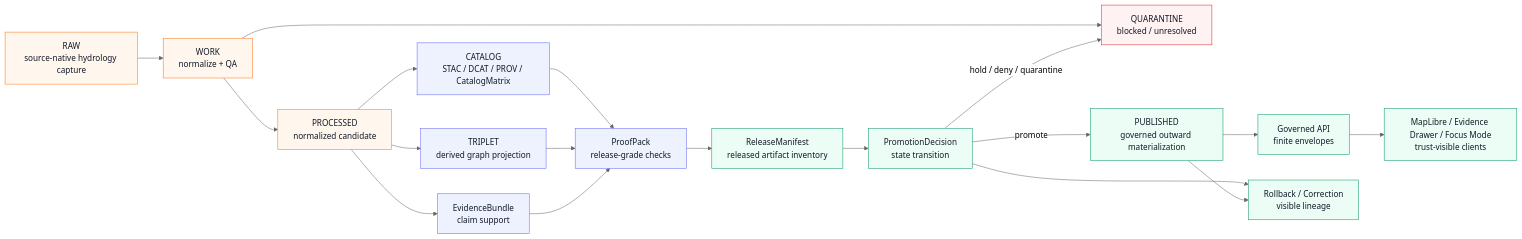
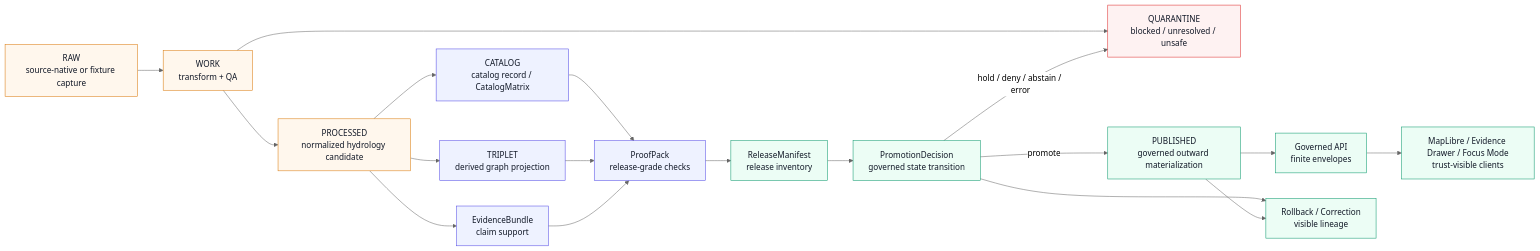
One commit to bartytime4life/Kansas-Frontier-Matrix changed the diagram in docs/adr/ADR-0309-hydrology-processed-catalog-closure-boundary.md. Above: the diagram before and after it, drawn with Mermaid (neutral theme). The commit also changed other lines of this file, not shown here.

````diff
--- a/docs/adr/ADR-0309-hydrology-processed-catalog-closure-boundary.md
+++ b/docs/adr/ADR-0309-hydrology-processed-catalog-closure-boundary.md
@@ -168,45 +209,45 @@
 ```mermaid
 flowchart LR
-    RAW["RAW<br/>source-native hydrology capture"]
-    WORK["WORK<br/>normalize + QA"]
-    Q["QUARANTINE<br/>blocked / unresolved"]
-    PROC["PROCESSED<br/>normalized candidate"]
-    CAT["CATALOG<br/>STAC / DCAT / PROV / CatalogMatrix"]
-    TRI["TRIPLET<br/>derived graph projection"]
-    EB["EvidenceBundle<br/>claim support"]
-    PP["ProofPack<br/>release-grade checks"]
-    RM["ReleaseManifest<br/>released artifact inventory"]
-    PD["PromotionDecision<br/>state transition"]
-    PUB["PUBLISHED<br/>governed outward materialization"]
-    API["Governed API<br/>finite envelopes"]
-    UI["MapLibre / Evidence Drawer / Focus Mode<br/>trust-visible clients"]
-    RB["Rollback / Correction<br/>visible lineage"]
+  RAW["RAW<br/>source-native or fixture capture"]
+  WORK["WORK<br/>transform + QA"]
+  Q["QUARANTINE<br/>blocked / unresolved / unsafe"]
+  PROC["PROCESSED<br/>normalized hydrology candidate"]
+  CAT["CATALOG<br/>catalog record / CatalogMatrix"]
+  TRI["TRIPLET<br/>derived graph projection"]
+  EB["EvidenceBundle<br/>claim support"]
+  PP["ProofPack<br/>release-grade checks"]
+  RM["ReleaseManifest<br/>release inventory"]
+  PD["PromotionDecision<br/>governed state transition"]
+  PUB["PUBLISHED<br/>governed outward materialization"]
+  API["Governed API<br/>finite envelopes"]
+  UI["MapLibre / Evidence Drawer / Focus Mode<br/>trust-visible clients"]
+  RB["Rollback / Correction<br/>visible lineage"]
 
-    RAW --> WORK
-    WORK --> Q
-    WORK --> PROC
-    PROC --> CAT
-    PROC --> TRI
-    PROC --> EB
-    CAT --> PP
-    TRI --> PP
-    EB --> PP
-    PP --> RM
-    RM --> PD
-    PD -->|promote| PUB
-    PD -->|hold / deny / quarantine| Q
-    PUB --> API
-    API --> UI
-    PD --> RB
-    PUB --> RB
+  RAW --> WORK
+  WORK --> Q
+  WORK --> PROC
+  PROC --> CAT
+  PROC --> TRI
+  PROC --> EB
+  CAT --> PP
+  TRI --> PP
+  EB --> PP
+  PP --> RM
+  RM --> PD
+  PD -->|promote| PUB
+  PD -->|hold / deny / abstain / error| Q
+  PUB --> API
+  API --> UI
+  PD --> RB
+  PUB --> RB
 
-    classDef internal fill:#fff7ed,stroke:#f97316,color:#111827;
-    classDef closure fill:#eef2ff,stroke:#6366f1,color:#111827;
-    classDef release fill:#ecfdf5,stroke:#059669,color:#111827;
-    classDef blocked fill:#fef2f2,stroke:#dc2626,color:#111827;
+  classDef internal fill:#fff7ed,stroke:#d97706,color:#111827;
+  classDef closure fill:#eef2ff,stroke:#4f46e5,color:#111827;
+  classDef release fill:#ecfdf5,stroke:#059669,color:#111827;
+  classDef blocked fill:#fef2f2,stroke:#dc2626,color:#111827;
 
-    class RAW,WORK,PROC internal;
-    class CAT,TRI,EB,PP closure;
-    class RM,PD,PUB,API,UI,RB release;
-    class Q blocked;
+  class RAW,WORK,PROC internal;
+  class CAT,TRI,EB,PP closure;
+  class RM,PD,PUB,API,UI,RB release;
+  class Q blocked;
 ```
````
